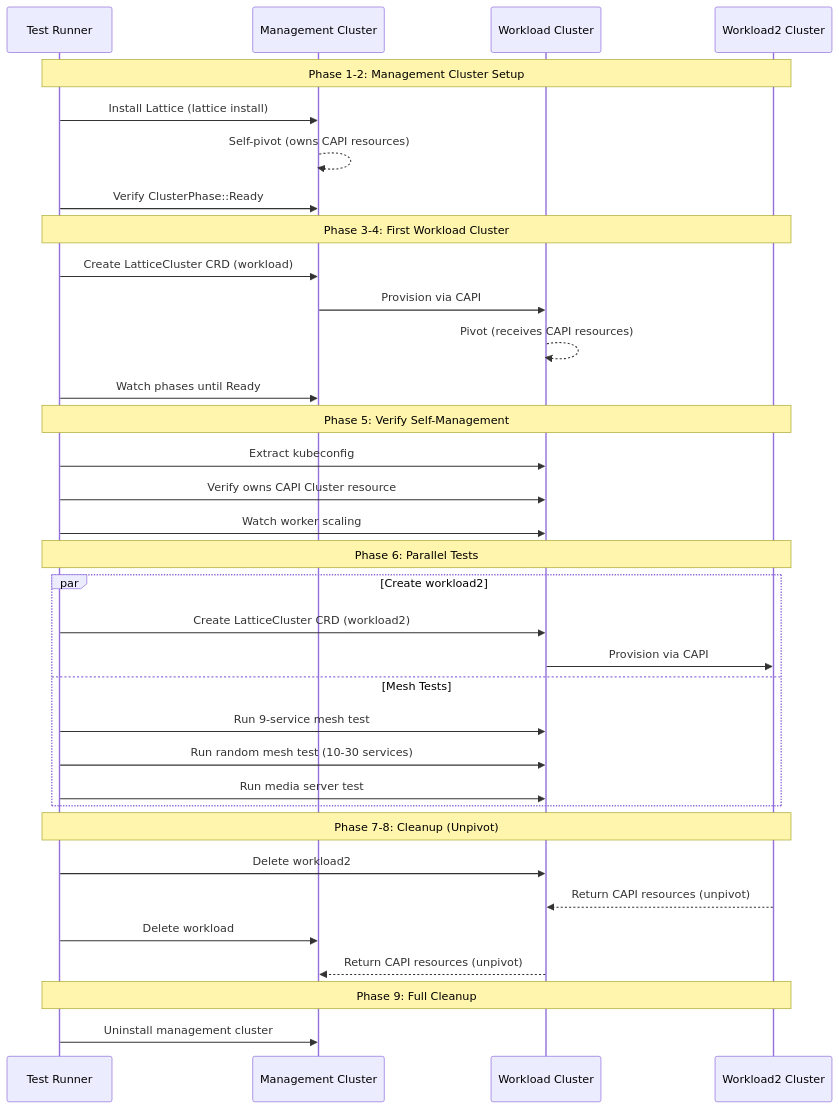
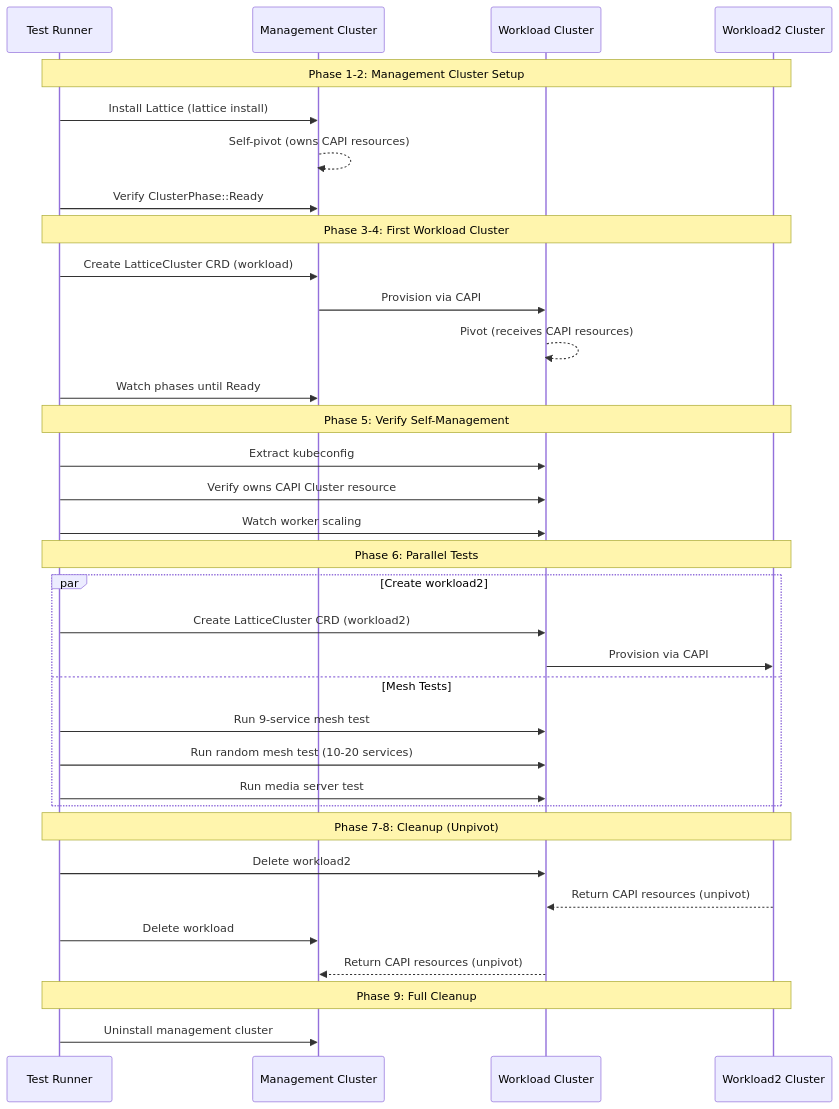
Before and after one commit to evan-hines-js/lattice: the second of 19 diagrams in docs/e2e-tests.md, drawn with Mermaid. The commit also changed other lines of this file and 6 other files, not shown here.

````diff
--- a/docs/e2e-tests.md
+++ b/docs/e2e-tests.md
@@ -72,42 +72,42 @@
 ```mermaid
 sequenceDiagram
     participant T as Test Runner
     participant M as Management Cluster
     participant W1 as Workload Cluster
     participant W2 as Workload2 Cluster
 
     Note over T,W2: Phase 1-2: Management Cluster Setup
     T->>M: Install Lattice (lattice install)
     M-->>M: Self-pivot (owns CAPI resources)
     T->>M: Verify ClusterPhase::Ready
 
     Note over T,W2: Phase 3-4: First Workload Cluster
     T->>M: Create LatticeCluster CRD (workload)
     M->>W1: Provision via CAPI
     W1-->>W1: Pivot (receives CAPI resources)
     T->>M: Watch phases until Ready
 
     Note over T,W2: Phase 5: Verify Self-Management
     T->>W1: Extract kubeconfig
     T->>W1: Verify owns CAPI Cluster resource
     T->>W1: Watch worker scaling
 
     Note over T,W2: Phase 6: Parallel Tests
     par Create workload2
         T->>W1: Create LatticeCluster CRD (workload2)
         W1->>W2: Provision via CAPI
     and Mesh Tests
         T->>W1: Run 9-service mesh test
-        T->>W1: Run random mesh test (10-30 services)
+        T->>W1: Run random mesh test (10-20 services)
         T->>W1: Run media server test
     end
 
     Note over T,W2: Phase 7-8: Cleanup (Unpivot)
     T->>W1: Delete workload2
     W2-->>W1: Return CAPI resources (unpivot)
     T->>M: Delete workload
     W1-->>M: Return CAPI resources (unpivot)
 
     Note over T,W2: Phase 9: Full Cleanup
     T->>M: Uninstall management cluster
 ```
````
